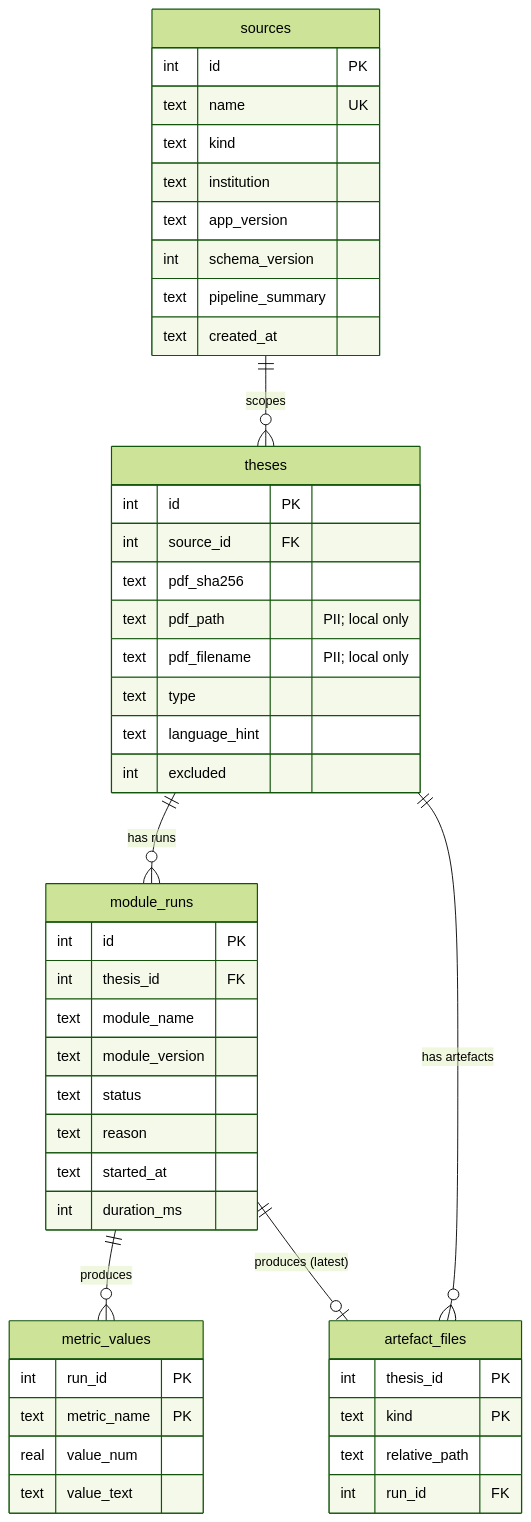
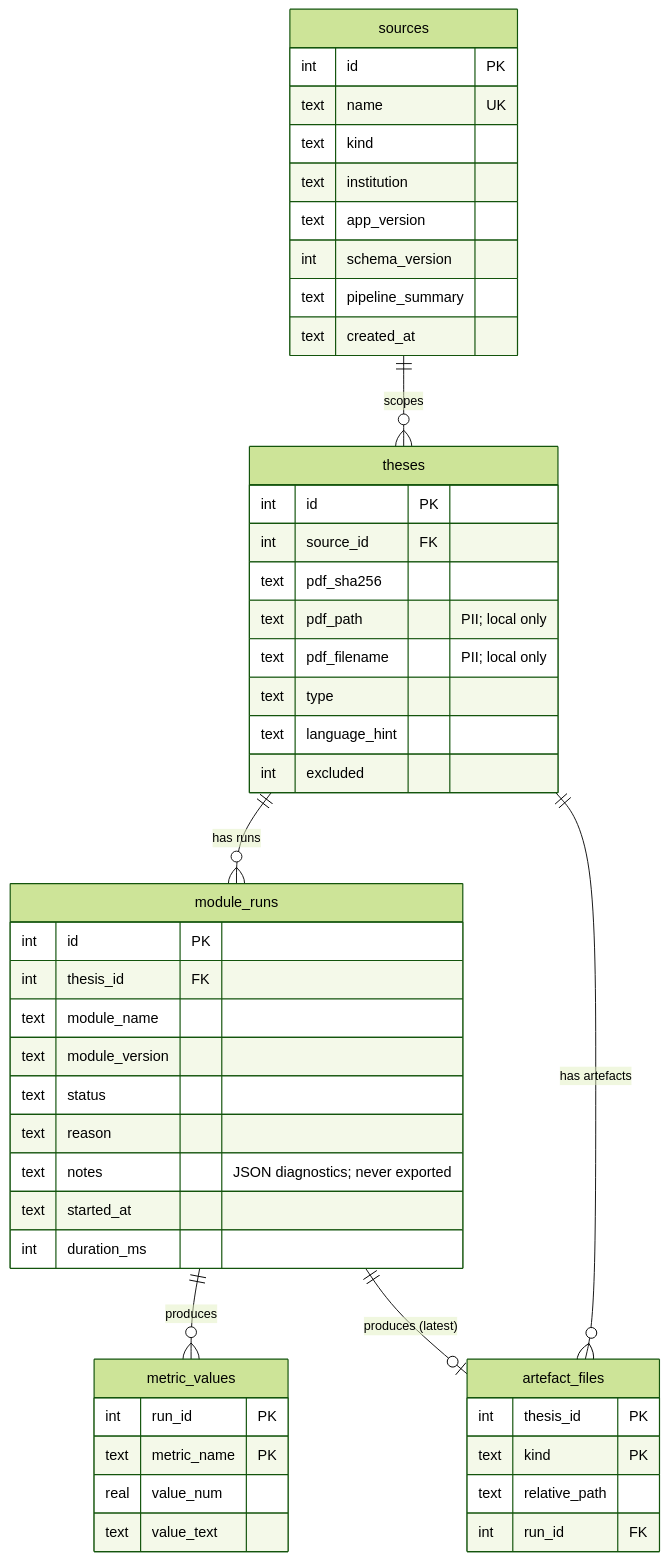
Before and after one commit to olistroemer/Thesis_Text_Analyzer: the eighth of 8 diagrams in docs/SDD.md, drawn with Mermaid (forest theme). The commit also changed other lines of this file and 6 other files, not shown here.

````diff
--- a/docs/SDD.md
+++ b/docs/SDD.md
@@ -482,50 +484,51 @@
 ```mermaid
 erDiagram
     sources ||--o{ theses : "scopes"
     theses ||--o{ module_runs : "has runs"
     theses ||--o{ artefact_files : "has artefacts"
     module_runs ||--o{ metric_values : "produces"
     module_runs ||--o| artefact_files : "produces (latest)"
     sources {
         int id PK
         text name UK
         text kind
         text institution
         text app_version
         int schema_version
         text pipeline_summary
         text created_at
     }
     theses {
         int id PK
         int source_id FK
         text pdf_sha256
         text pdf_path "PII; local only"
         text pdf_filename "PII; local only"
         text type
         text language_hint
         int excluded
     }
     module_runs {
         int id PK
         int thesis_id FK
         text module_name
         text module_version
         text status
         text reason
+        text notes "JSON diagnostics; never exported"
         text started_at
         int duration_ms
     }
     metric_values {
         int run_id PK
         text metric_name PK
         real value_num
         text value_text
     }
     artefact_files {
         int thesis_id PK
         text kind PK
         text relative_path
         int run_id FK
     }
 ```
````
